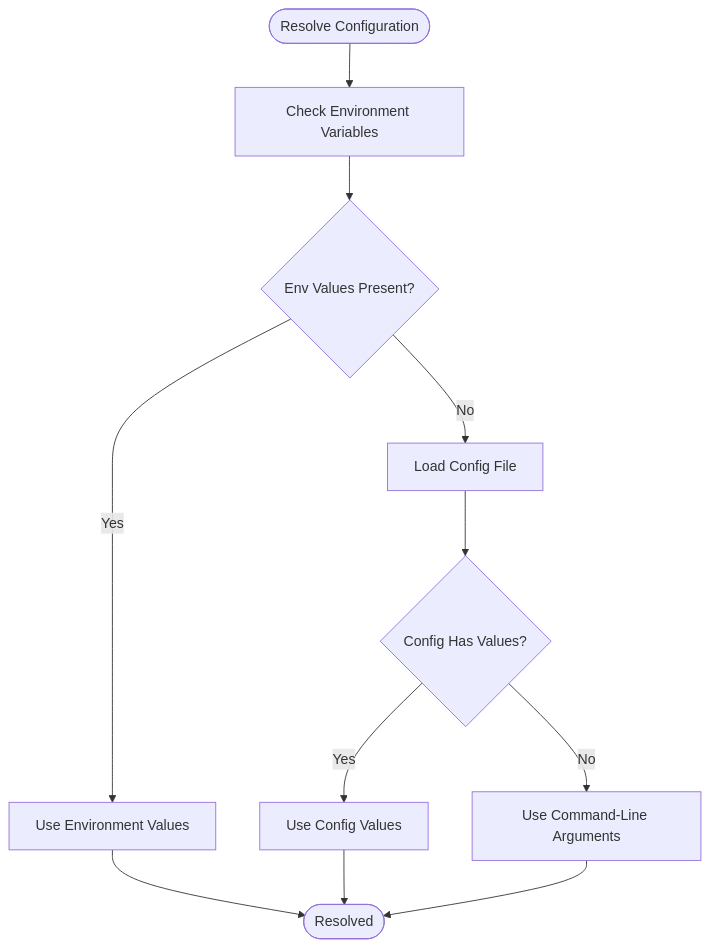
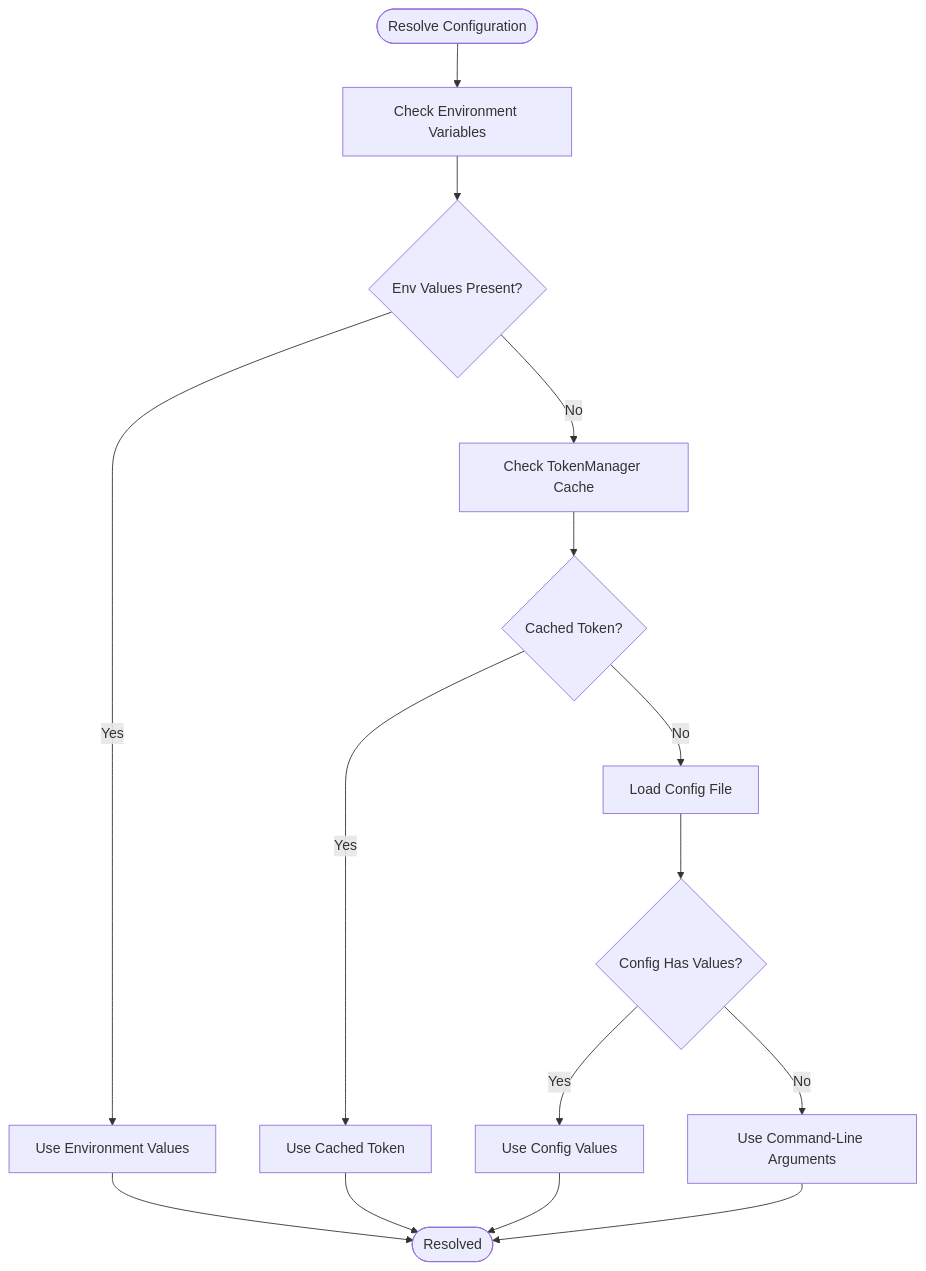
One commit to yuexiaoliang/baiduwangpan-manager changed the fourth of 9 diagrams in .qoder/repowiki/en/content/Configuration Management/Configuration Management.md. Above: the diagram before and after it, drawn with Mermaid. The commit also changed other lines of this file and 30 other files, not shown here.

````diff
--- a/.qoder/repowiki/en/content/Configuration Management/Configuration Management.md
+++ b/.qoder/repowiki/en/content/Configuration Management/Configuration Management.md
@@ -171,13 +272,17 @@
 ```mermaid
 flowchart TD
 Start(["Resolve Configuration"]) --> CheckEnv["Check Environment Variables"]
 CheckEnv --> EnvFound{"Env Values Present?"}
 EnvFound --> |Yes| UseEnv["Use Environment Values"]
-EnvFound --> |No| CheckCfg["Load Config File"]
+EnvFound --> |No| CheckCache["Check TokenManager Cache"]
+CheckCache --> CacheFound{"Cached Token?"}
+CacheFound --> |Yes| UseCache["Use Cached Token"]
+CacheFound --> |No| CheckCfg["Load Config File"]
 CheckCfg --> CfgFound{"Config Has Values?"}
 CfgFound --> |Yes| UseCfg["Use Config Values"]
 CfgFound --> |No| UseArgs["Use Command-Line Arguments"]
 UseEnv --> End(["Resolved"])
+UseCache --> End
 UseCfg --> End
 UseArgs --> End
 ```
````
